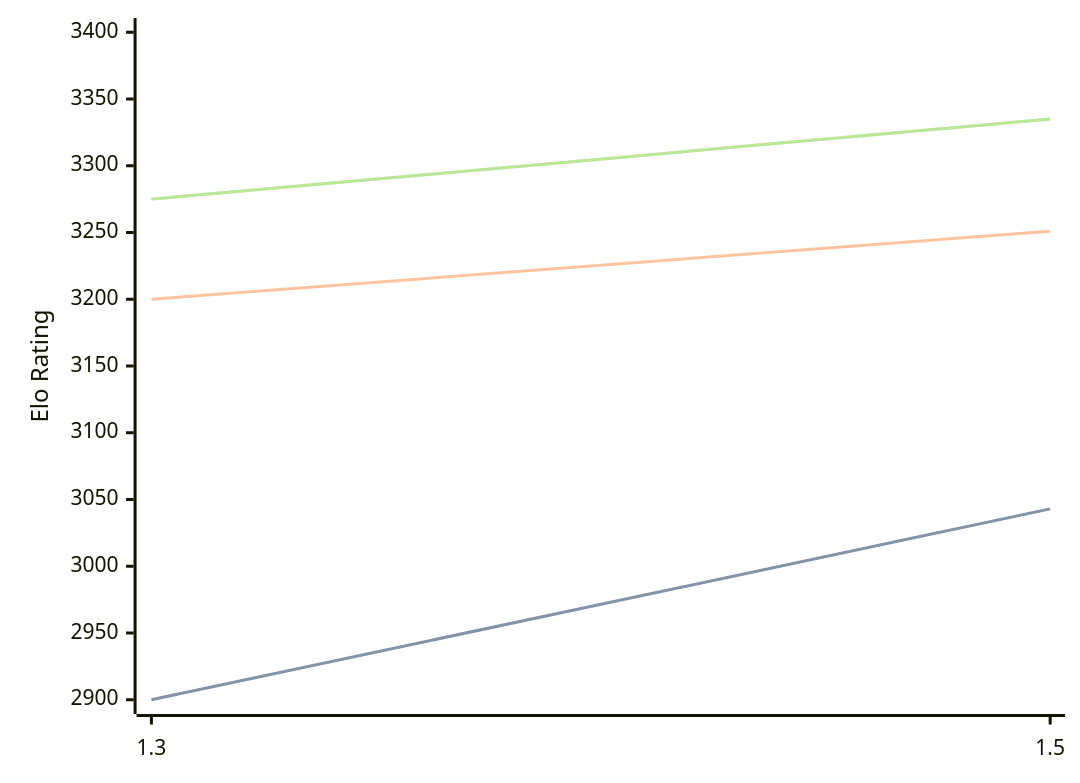
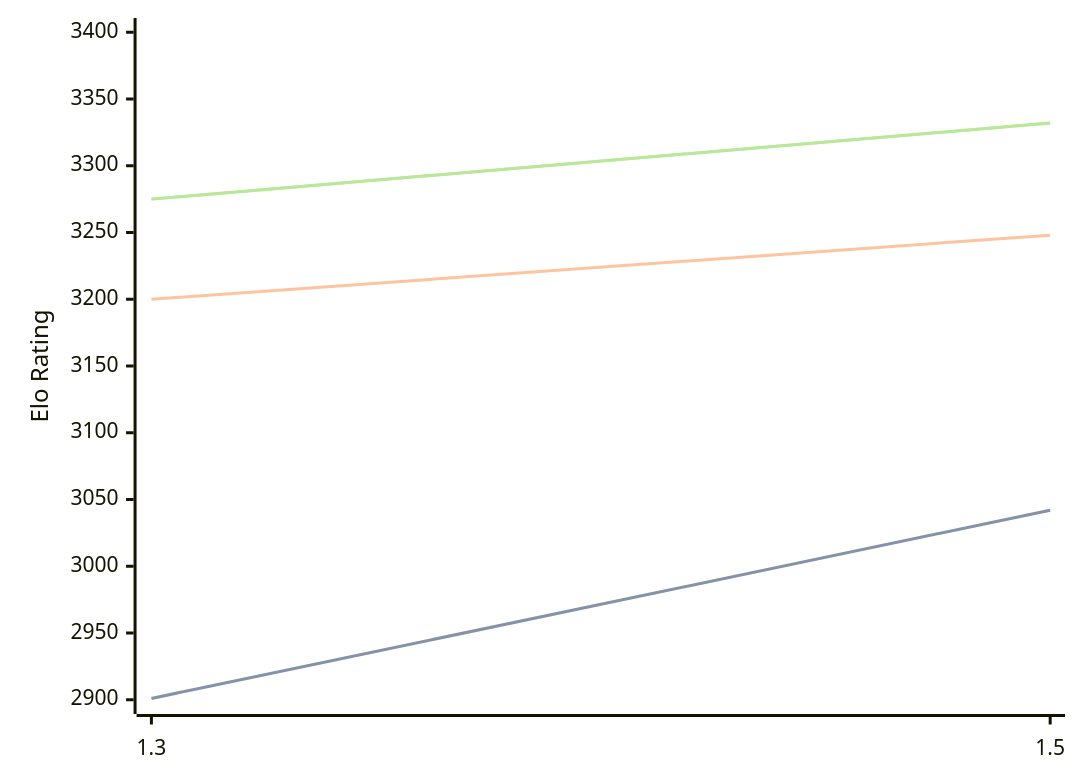
The first of 3 diagrams in engines/Lambergar.md (computer-chess-index/cci), drawn with Mermaid before and after one commit. The commit also changed other lines of this file, not shown here.

Commit message:
Update CCI Ratings (ELO VLTC) - 2026-07-08

````diff
--- a/engines/Lambergar.md
+++ b/engines/Lambergar.md
@@ -44,11 +44,11 @@
 ```mermaid
 %%{init: {"theme":"base","themeVariables":{"seriesColors:['#a3a3a3','#222221','#faa371']}}}%%
 xychart-beta
   x-axis ["1.3", "1.5"]
   y-axis "Elo Rating" 2900 --> 3400
-  line "STC (8.0+0.08s)" [2900, 3043]
-  line "STC (8.0+0.08s)" [2900, 3043]
-  line "LTC (60.0+0.60s)" [3200, 3251]
-  line "VLTC (2m24s+1.12s)" [3275, 3335]
-  line "VLTC (2m24s+1.12s)" [3275, 3335]
+  line "STC (8.0+0.08s)" [2901, 3042]
+  line "STC (8.0+0.08s)" [2901, 3042]
+  line "LTC (60.0+0.60s)" [3200, 3248]
+  line "VLTC (2m24s+1.12s)" [3275, 3332]
+  line "VLTC (2m24s+1.12s)" [3275, 3332]
 ```
````
